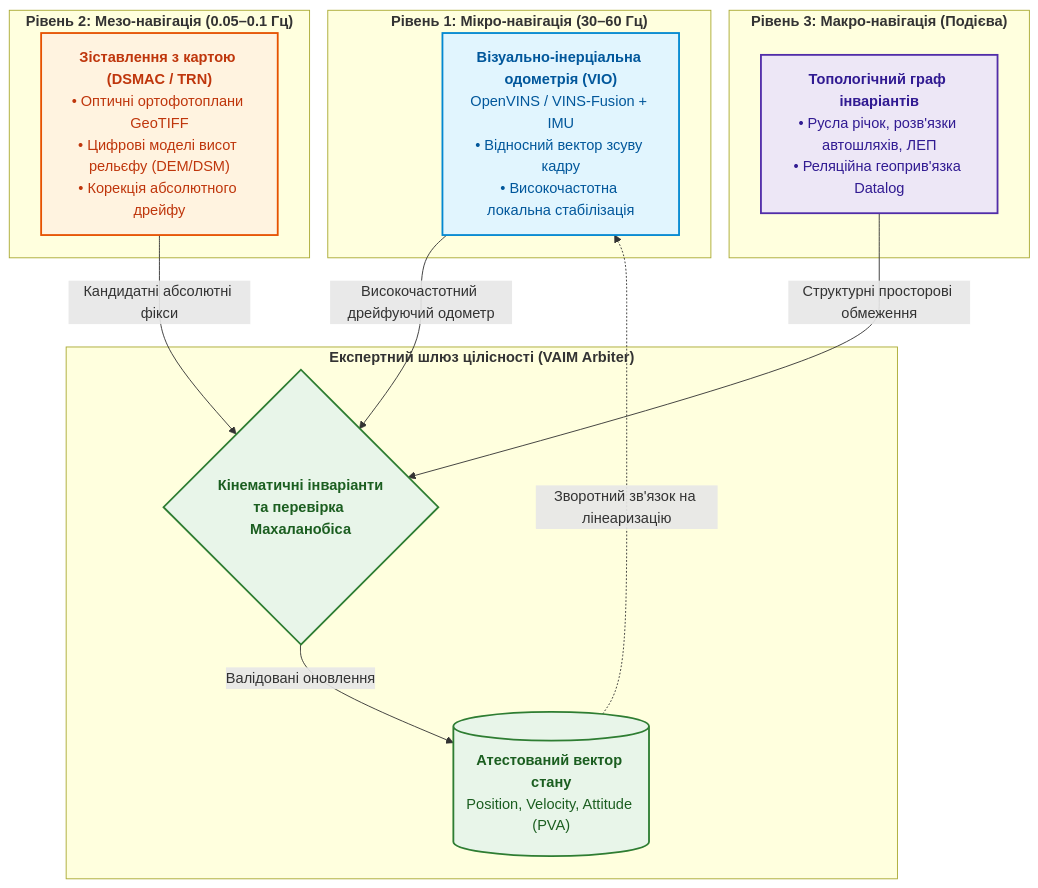
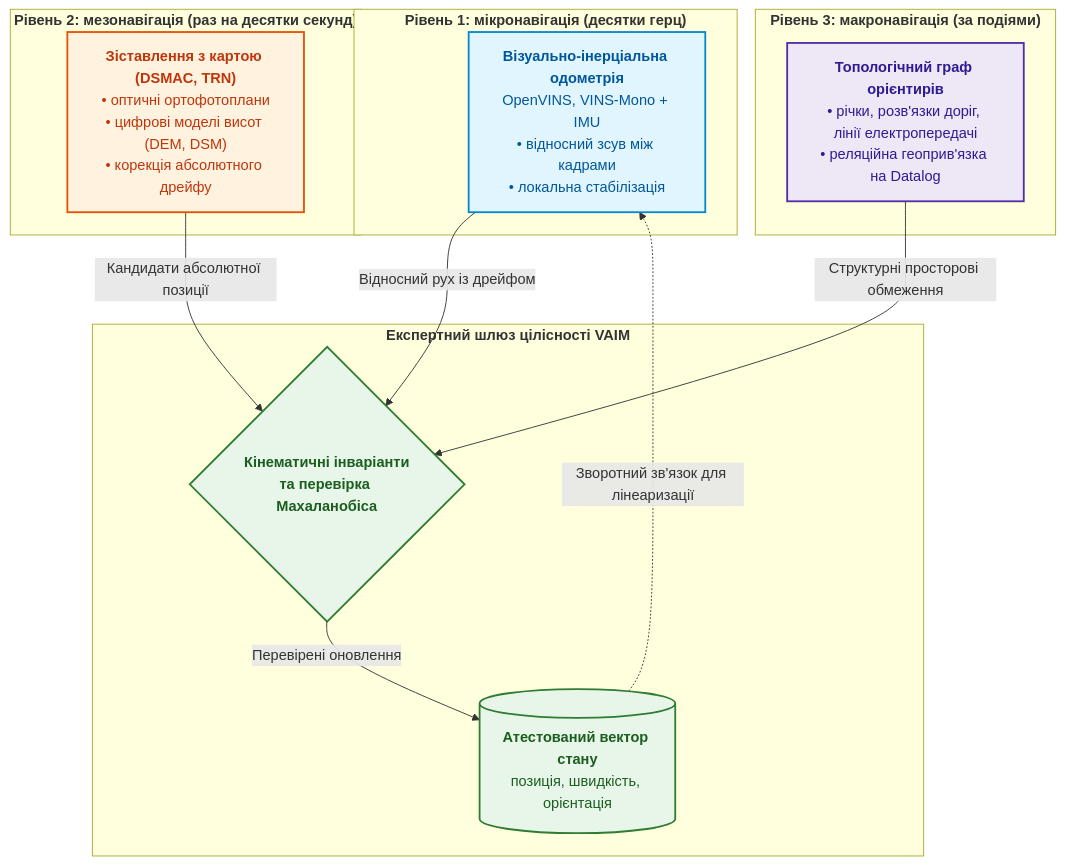
One commit to nick-fedchik/articles changed the second of 5 diagrams in ExpertSystem/appendix-c-autonomous-navigation-and-geosearch.md. Above: the diagram before and after it, drawn with Mermaid. The commit also changed other lines of this file, not shown here.

````diff
--- a/ExpertSystem/appendix-c-autonomous-navigation-and-geosearch.md
+++ b/ExpertSystem/appendix-c-autonomous-navigation-and-geosearch.md
@@ -69,39 +66,39 @@
 ```mermaid
 flowchart TD
     accTitle: Трирівнева ієрархія автономної оптичної навігації
-    accDescr: Взаємозв'язок між мікро-рівнем VIO, мезо-рівнем DSMAC та макро-рівнем топологічного графа під наглядом експертного арбітра.
+    accDescr: Взаємозв'язок мікрорівня візуально-інерціальної одометрії, мезорівня зіставлення з картою та макрорівня топологічного графа під наглядом експертного арбітра.
 
-    subgraph Micro["<b>Рівень 1: Мікро-навігація (30–60 Гц)</b>"]
-        VIO["<b>Візуально-інерціальна одометрія (VIO)</b><br/>OpenVINS / VINS-Fusion + IMU<br/>• Відносний вектор зсуву кадру<br/>• Високочастотна локальна стабілізація"]
+    subgraph Micro["<b>Рівень 1: мікронавігація (десятки герц)</b>"]
+        VIO["<b>Візуально-інерціальна одометрія</b><br/>OpenVINS, VINS-Mono + IMU<br/>• відносний зсув між кадрами<br/>• локальна стабілізація"]
     end
 
-    subgraph Meso["<b>Рівень 2: Мезо-навігація (0.05–0.1 Гц)</b>"]
-        DSMAC["<b>Зіставлення з картою (DSMAC / TRN)</b><br/>• Оптичні ортофотоплани GeoTIFF<br/>• Цифрові моделі висот рельєфу (DEM/DSM)<br/>• Корекція абсолютного дрейфу"]
+    subgraph Meso["<b>Рівень 2: мезонавігація (раз на десятки секунд)</b>"]
+        DSMAC["<b>Зіставлення з картою (DSMAC, TRN)</b><br/>• оптичні ортофотоплани<br/>• цифрові моделі висот (DEM, DSM)<br/>• корекція абсолютного дрейфу"]
     end
 
-    subgraph Macro["<b>Рівень 3: Макро-навігація (Подієва)</b>"]
-        TOPO["<b>Топологічний граф інваріантів</b><br/>• Русла річок, розв'язки автошляхів, ЛЕП<br/>• Реляційна геоприв'язка Datalog"]
+    subgraph Macro["<b>Рівень 3: макронавігація (за подіями)</b>"]
+        TOPO["<b>Топологічний граф орієнтирів</b><br/>• річки, розв'язки доріг, лінії електропередачі<br/>• реляційна геоприв'язка на Datalog"]
     end
 
-    subgraph Arbiter["<b>Експертний шлюз цілісності (VAIM Arbiter)</b>"]
+    subgraph Arbiter["<b>Експертний шлюз цілісності VAIM</b>"]
         GATE{"<b>Кінематичні інваріанти<br/>та перевірка Махаланобіса</b>"}
-        FUSED[("<b>Атестований вектор стану</b><br/>Position, Velocity, Attitude (PVA)")]
+        FUSED[("<b>Атестований вектор стану</b><br/>позиція, швидкість, орієнтація")]
     end
 
-    VIO -->|"Високочастотний дрейфуючий одометр"| GATE
-    DSMAC -->|"Кандидатні абсолютні фікси"| GATE
+    VIO -->|"Відносний рух із дрейфом"| GATE
+    DSMAC -->|"Кандидати абсолютної позиції"| GATE
     TOPO -->|"Структурні просторові обмеження"| GATE
 
-    GATE -->|"Валідовані оновлення"| FUSED
-    FUSED -.->|"Зворотний зв'язок на лінеаризацію"| VIO
+    GATE -->|"Перевірені оновлення"| FUSED
+    FUSED -.->|"Зворотний зв'язок для лінеаризації"| VIO
 
     classDef micro fill:#e1f5fe,stroke:#0288d1,stroke-width:2px,color:#01579b;
     classDef meso fill:#fff3e0,stroke:#e65100,stroke-width:2px,color:#bf360c;
     classDef macro fill:#ede7f6,stroke:#512da8,stroke-width:2px,color:#311b92;
     classDef gate fill:#e8f5e9,stroke:#2e7d32,stroke-width:2px,color:#1b5e20;
 
     class VIO micro;
     class DSMAC meso;
     class TOPO macro;
     class GATE,FUSED gate;
 ```
````
